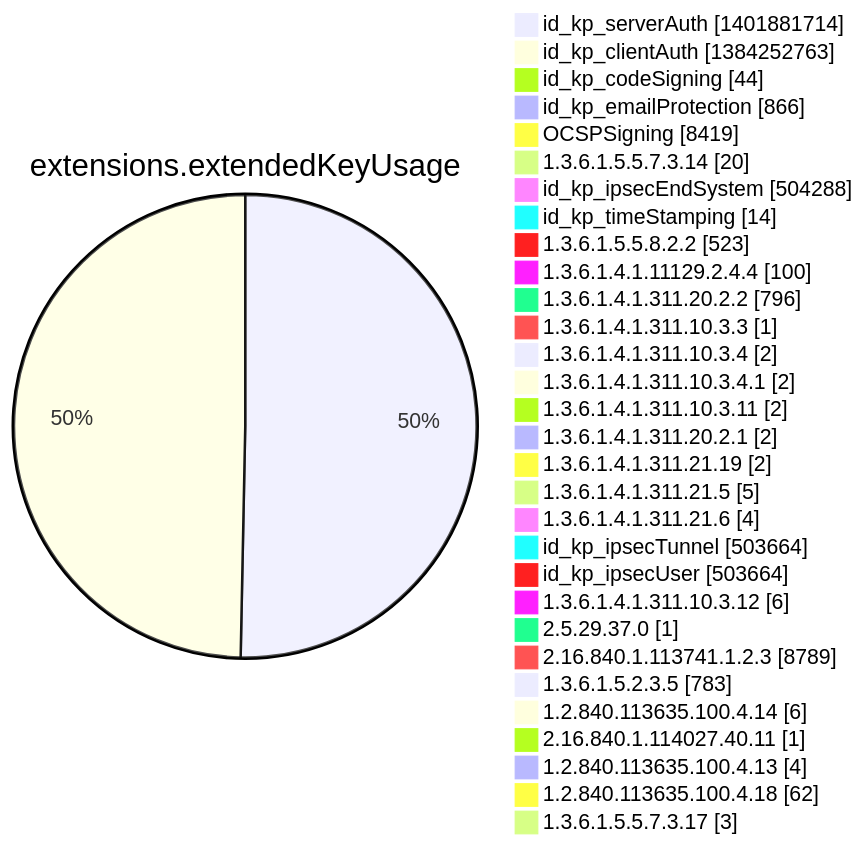
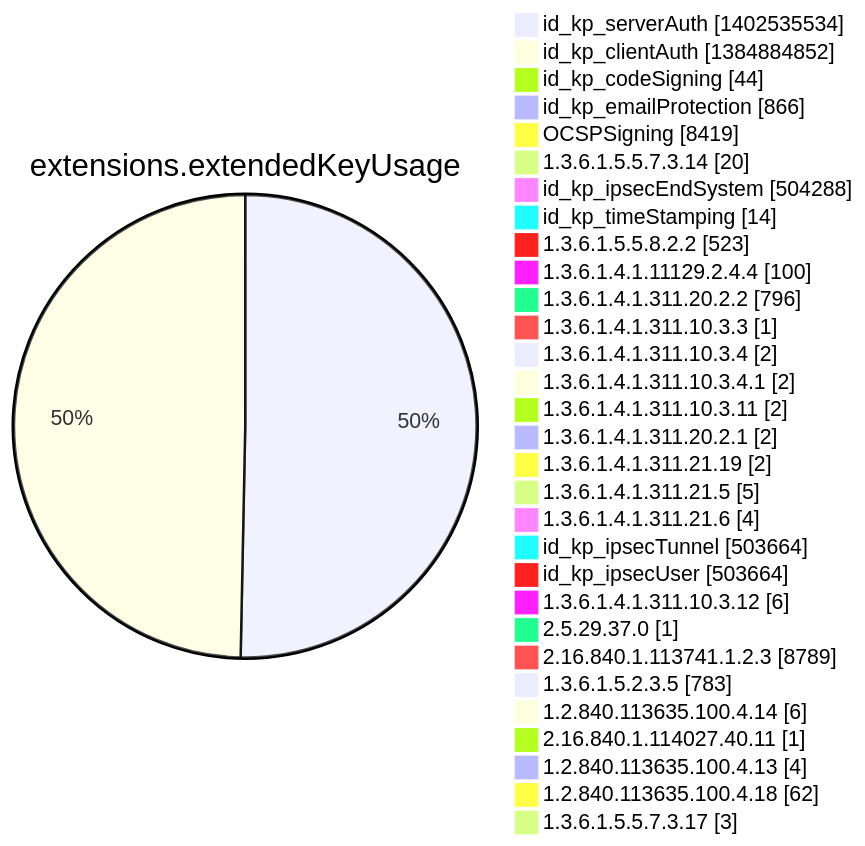
Diagram 12 of 15 in argon2022/README.md (christiankrug/ctmonitor_visualization), drawn with Mermaid before and after one commit. The commit also changed other lines of this file, not shown here.

````diff
--- a/argon2022/README.md
+++ b/argon2022/README.md
@@ -3554,34 +3554,34 @@
 ```mermaid
 pie showData
 title extensions.extendedKeyUsage
-"id_kp_serverAuth" :1401881714
-"id_kp_clientAuth" :1384252763
+"id_kp_serverAuth" :1402535534
+"id_kp_clientAuth" :1384884852
 "id_kp_codeSigning" :44
 "id_kp_emailProtection" :866
 "OCSPSigning" :8419
 "1.3.6.1.5.5.7.3.14" :20
 "id_kp_ipsecEndSystem" :504288
 "id_kp_timeStamping" :14
 "1.3.6.1.5.5.8.2.2" :523
 "1.3.6.1.4.1.11129.2.4.4" :100
 "1.3.6.1.4.1.311.20.2.2" :796
 "1.3.6.1.4.1.311.10.3.3" :1
 "1.3.6.1.4.1.311.10.3.4" :2
 "1.3.6.1.4.1.311.10.3.4.1" :2
 "1.3.6.1.4.1.311.10.3.11" :2
 "1.3.6.1.4.1.311.20.2.1" :2
 "1.3.6.1.4.1.311.21.19" :2
 "1.3.6.1.4.1.311.21.5" :5
 "1.3.6.1.4.1.311.21.6" :4
 "id_kp_ipsecTunnel" :503664
 "id_kp_ipsecUser" :503664
 "1.3.6.1.4.1.311.10.3.12" :6
 "2.5.29.37.0" :1
 "2.16.840.1.113741.1.2.3" :8789
 "1.3.6.1.5.2.3.5" :783
 "1.2.840.113635.100.4.14" :6
 "2.16.840.1.114027.40.11" :1
 "1.2.840.113635.100.4.13" :4
 "1.2.840.113635.100.4.18" :62
 "1.3.6.1.5.5.7.3.17" :3
 ```
````
